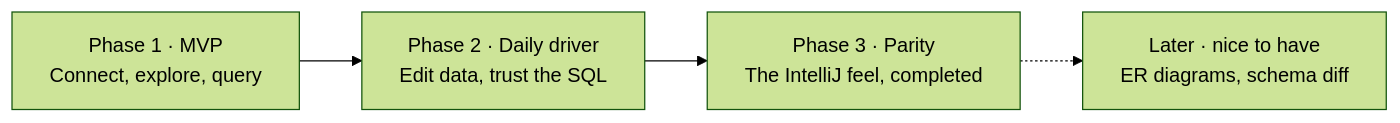
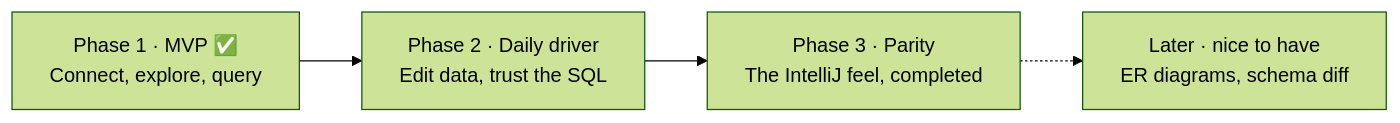
The diagram in README.md (sultanofcardio/tablecloth), drawn with Mermaid (forest theme) before and after one commit. The commit also changed other lines of this file and 13 other files, not shown here.

````diff
--- a/README.md
+++ b/README.md
@@ -78,4 +89,4 @@
 ```mermaid
 flowchart LR
-    P1["Phase 1 · MVP\nConnect, explore, query"] --> P2["Phase 2 · Daily driver\nEdit data, trust the SQL"] --> P3["Phase 3 · Parity\nThe IntelliJ feel, completed"] -.-> L["Later · nice to have\nER diagrams, schema diff"]
+    P1["Phase 1 · MVP ✅\nConnect, explore, query"] --> P2["Phase 2 · Daily driver\nEdit data, trust the SQL"] --> P3["Phase 3 · Parity\nThe IntelliJ feel, completed"] -.-> L["Later · nice to have\nER diagrams, schema diff"]
 ```
````
